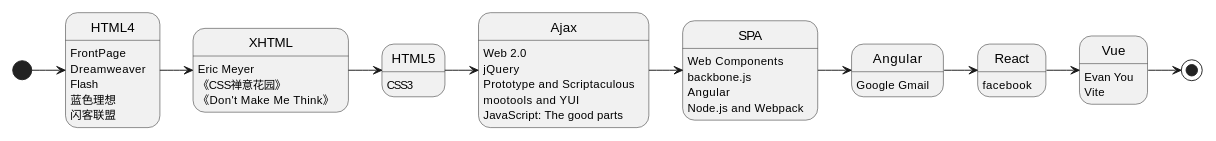
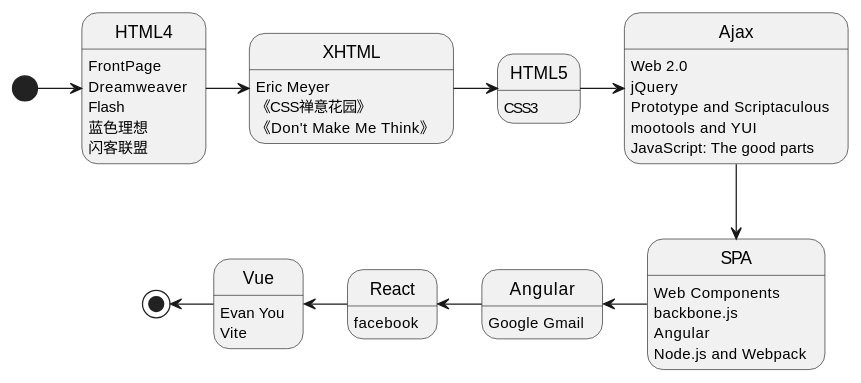
The diagram in content/1.专栏/3.编程/20240320-HTML回忆录.rst (kaffa/kaffa), drawn with PlantUML before and after one commit. The commit also changed 291 other files, not shown here.

```diff
--- a/content/1.专栏/3.编程/20240320-HTML回忆录.rst
+++ b/content/1.专栏/3.编程/20240320-HTML回忆录.rst
@@ -18,38 +18,37 @@
 .. uml::
     :alt: 有关HTML的记忆
     :format: svg
     :filename: html-memoir
 
-    scale 960 width
     [*] -> HTML4
     HTML4 -> XHTML
     XHTML -> HTML5
     HTML5 -> Ajax
-    Ajax -> SPA
-    SPA -> Angular
-    Angular -> React
-    React -> Vue
-    Vue -> [*]
+    Ajax -down-> SPA
+    SPA -left-> Angular
+    Angular -left-> React
+    React -left-> Vue
+    Vue -left-> [*]
 
     HTML4: FrontPage
     HTML4: Dreamweaver
     HTML4: Flash
     HTML4: 蓝色理想
     HTML4: 闪客联盟
     XHTML: Eric Meyer
     XHTML: 《CSS禅意花园》
     XHTML: 《Don't Make Me Think》
     HTML5: CSS3
     Ajax: Web 2.0
     Ajax: jQuery
     Ajax: Prototype and Scriptaculous
     Ajax: mootools and YUI
     Ajax: JavaScript: The good parts
     SPA: Web Components
     SPA: backbone.js
     SPA: Angular
     SPA: Node.js and Webpack
     Angular: Google Gmail
     React: facebook
     Vue: Evan You
     Vue: Vite
```
